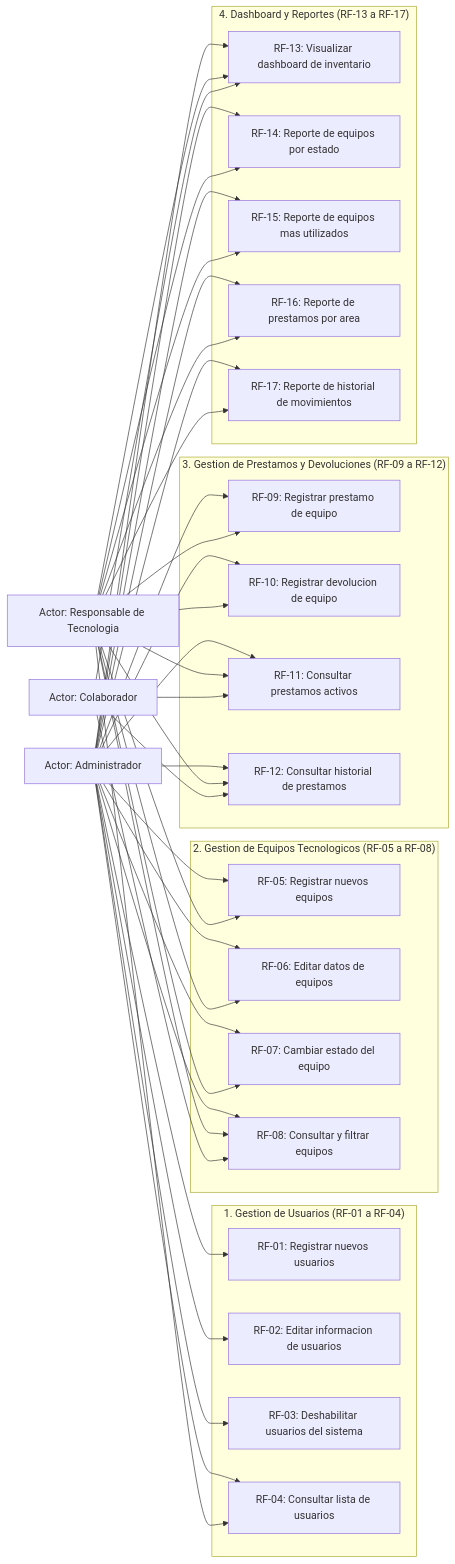
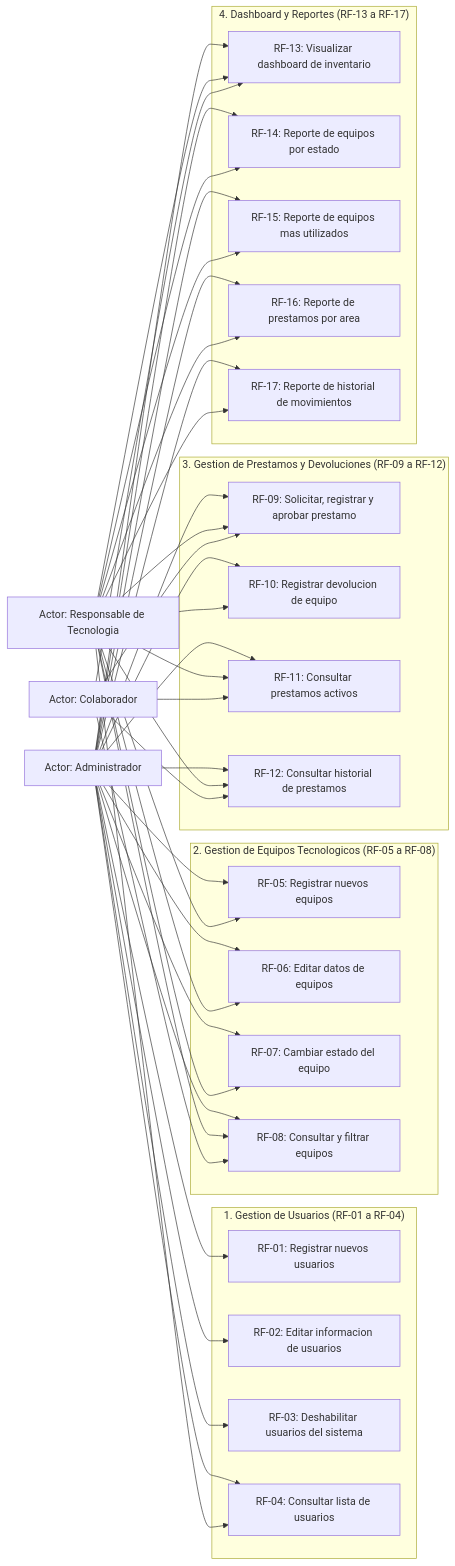
The first of 4 diagrams in docs/02-estandares-y-arquitectura.md (jhilmarjaisonlobatonabregu/TechAsset), drawn with Mermaid before and after one commit. The commit also changed other lines of this file and 6 other files, not shown here.

````diff
--- a/docs/02-estandares-y-arquitectura.md
+++ b/docs/02-estandares-y-arquitectura.md
@@ -121,73 +121,74 @@
 ```mermaid
 flowchart LR
     Admin["Actor: Administrador"]
     RespTI["Actor: Responsable de Tecnologia"]
     Colab["Actor: Colaborador"]
 
     subgraph ModuloUsuarios["1. Gestion de Usuarios (RF-01 a RF-04)"]
         RF01["RF-01: Registrar nuevos usuarios"]
         RF02["RF-02: Editar informacion de usuarios"]
         RF03["RF-03: Deshabilitar usuarios del sistema"]
         RF04["RF-04: Consultar lista de usuarios"]
     end
 
     subgraph ModuloEquipos["2. Gestion de Equipos Tecnologicos (RF-05 a RF-08)"]
         RF05["RF-05: Registrar nuevos equipos"]
         RF06["RF-06: Editar datos de equipos"]
         RF07["RF-07: Cambiar estado del equipo"]
         RF08["RF-08: Consultar y filtrar equipos"]
     end
 
     subgraph ModuloPrestamos["3. Gestion de Prestamos y Devoluciones (RF-09 a RF-12)"]
-        RF09["RF-09: Registrar prestamo de equipo"]
+        RF09["RF-09: Solicitar, registrar y aprobar prestamo"]
         RF10["RF-10: Registrar devolucion de equipo"]
         RF11["RF-11: Consultar prestamos activos"]
         RF12["RF-12: Consultar historial de prestamos"]
     end
 
     subgraph ModuloReportes["4. Dashboard y Reportes (RF-13 a RF-17)"]
         RF13["RF-13: Visualizar dashboard de inventario"]
         RF14["RF-14: Reporte de equipos por estado"]
         RF15["RF-15: Reporte de equipos mas utilizados"]
         RF16["RF-16: Reporte de prestamos por area"]
         RF17["RF-17: Reporte de historial de movimientos"]
     end
 
     Admin --> RF01
     Admin --> RF02
     Admin --> RF03
     Admin --> RF04
     Admin --> RF05
     Admin --> RF06
     Admin --> RF07
     Admin --> RF08
     Admin --> RF09
     Admin --> RF10
     Admin --> RF11
     Admin --> RF12
     Admin --> RF13
     Admin --> RF14
     Admin --> RF15
     Admin --> RF16
     Admin --> RF17
 
     RespTI --> RF04
     RespTI --> RF05
     RespTI --> RF06
     RespTI --> RF07
     RespTI --> RF08
     RespTI --> RF09
     RespTI --> RF10
     RespTI --> RF11
     RespTI --> RF12
     RespTI --> RF13
     RespTI --> RF14
     RespTI --> RF15
     RespTI --> RF16
     RespTI --> RF17
 
     Colab --> RF08
+    Colab --> RF09
     Colab --> RF11
     Colab --> RF12
     Colab --> RF13
 ```
````
